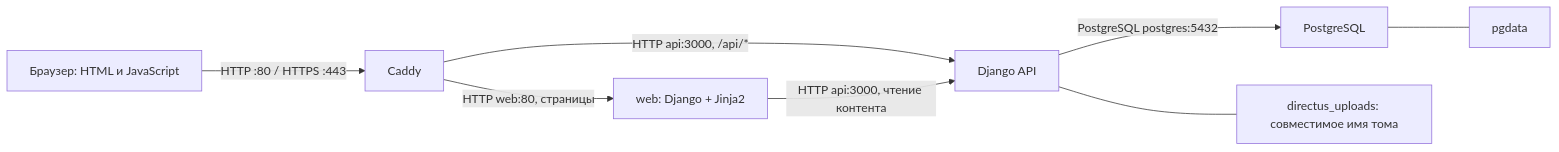
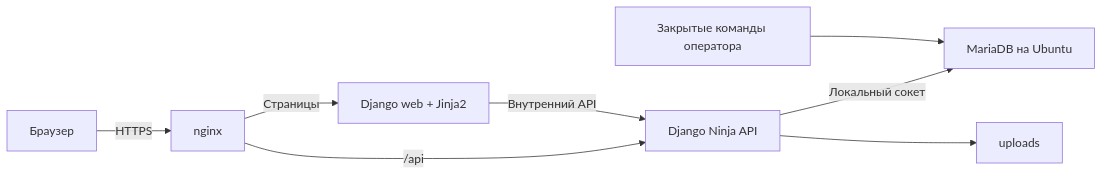
The diagram in README.md (Bogolubov-creator/hse-law-alumni-club), drawn with Mermaid before and after one commit. The commit also changed other lines of this file and 20 other files, not shown here.

Commit message:
Install and maintain native MariaDB with nginx on Ubuntu

````diff
--- a/README.md
+++ b/README.md
@@ -204,10 +199,10 @@
 ```mermaid
 flowchart LR
-  B["Браузер: HTML и JavaScript"] -->|"HTTP :80 / HTTPS :443"| C["Caddy"]
-  C -->|"HTTP web:80, страницы"| W["web: Django + Jinja2"]
-  C -->|"HTTP api:3000, /api/*"| A["Django API"]
-  W -->|"HTTP api:3000, чтение контента"| A
-  A -->|"PostgreSQL postgres:5432"| P["PostgreSQL"]
-  P --- V["pgdata"]
-  A --- U["directus_uploads: совместимое имя тома"]
+  B["Браузер"] -->|HTTPS| N["nginx"]
+  N -->|Страницы| W["Django web + Jinja2"]
+  N -->|/api| A["Django Ninja API"]
+  W -->|Внутренний API| A
+  A -->|Локальный сокет| D["MariaDB на Ubuntu"]
+  A --> U["uploads"]
+  O["Закрытые команды оператора"] --> D
 ```
````
